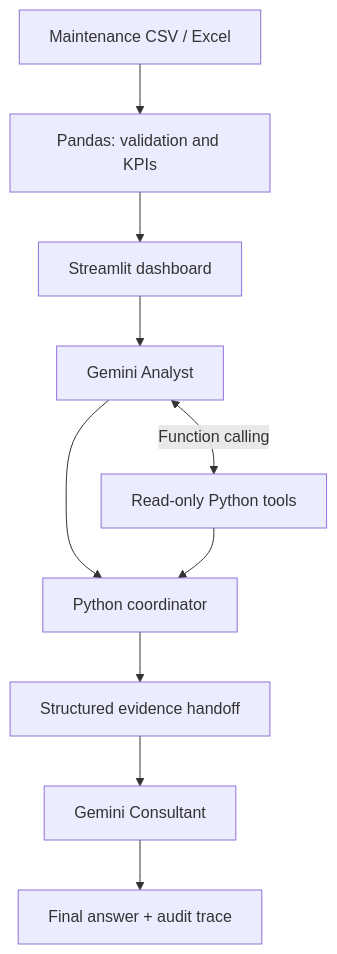
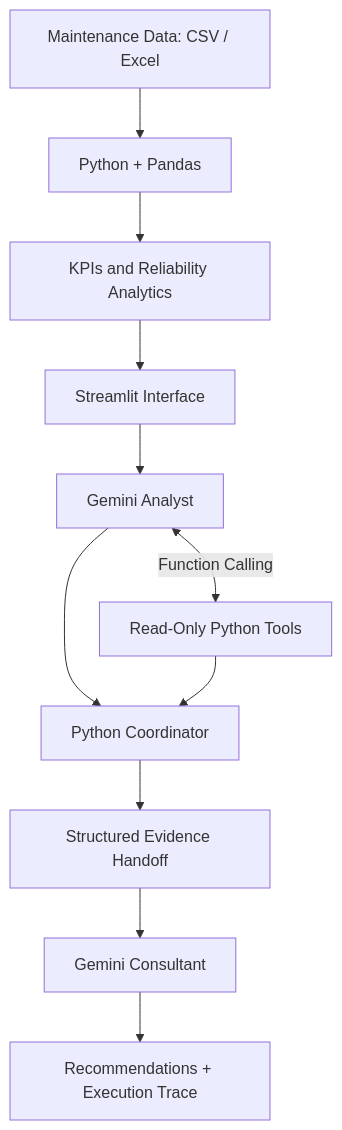
One commit to ioglas-af/ai-maintenance changed the diagram in README.md. Above: the diagram before and after it, drawn with Mermaid. The commit also changed other lines of this file, not shown here.

````diff
--- a/README.md
+++ b/README.md
@@ -45,12 +68,13 @@
 ```mermaid
 flowchart TD
-  A["Maintenance CSV / Excel"] --> B["Pandas: validation and KPIs"]
-  B --> C["Streamlit dashboard"]
-  C --> D["Gemini Analyst"]
-  D <-->|"Function calling"| E["Read-only Python tools"]
-  D --> F["Python coordinator"]
-  E --> F
-  F --> G["Structured evidence handoff"]
-  G --> H["Gemini Consultant"]
-  H --> I["Final answer + audit trace"]
+    A["Maintenance Data: CSV / Excel"] --> B["Python + Pandas"]
+    B --> C["KPIs and Reliability Analytics"]
+    C --> D["Streamlit Interface"]
+    D --> E["Gemini Analyst"]
+    E <-->|"Function Calling"| F["Read-Only Python Tools"]
+    E --> G["Python Coordinator"]
+    F --> G
+    G --> H["Structured Evidence Handoff"]
+    H --> I["Gemini Consultant"]
+    I --> J["Recommendations + Execution Trace"]
 ```
````
